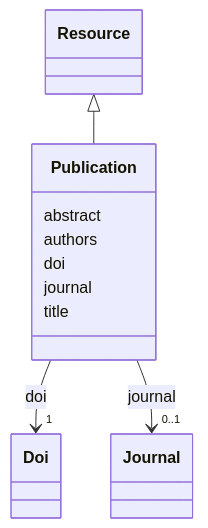
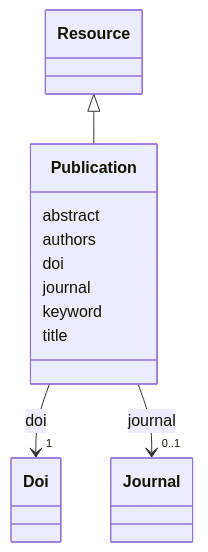
One commit to EVORA-project/evora-ontology changed the diagram in models/docs/Publication.md. Above: the diagram before and after it, drawn with Mermaid. The commit also changed other lines of this file and 402 other files, not shown here.

````diff
--- a/models/docs/Publication.md
+++ b/models/docs/Publication.md
@@ -19,33 +19,35 @@
 ```mermaid
  classDiagram
     class Publication
     click Publication href "../Publication"
       Resource <|-- Publication
         click Resource href "../Resource"
       
       Publication : abstract
         
       Publication : authors
         
       Publication : doi
         
           
     
     
     Publication --> "1" Doi : doi
     click Doi href "../Doi"
 
         
       Publication : journal
         
           
     
     
     Publication --> "0..1" Journal : journal
     click Journal href "../Journal"
 
         
+      Publication : keyword
+        
       Publication : title
         
       
 ```
````
